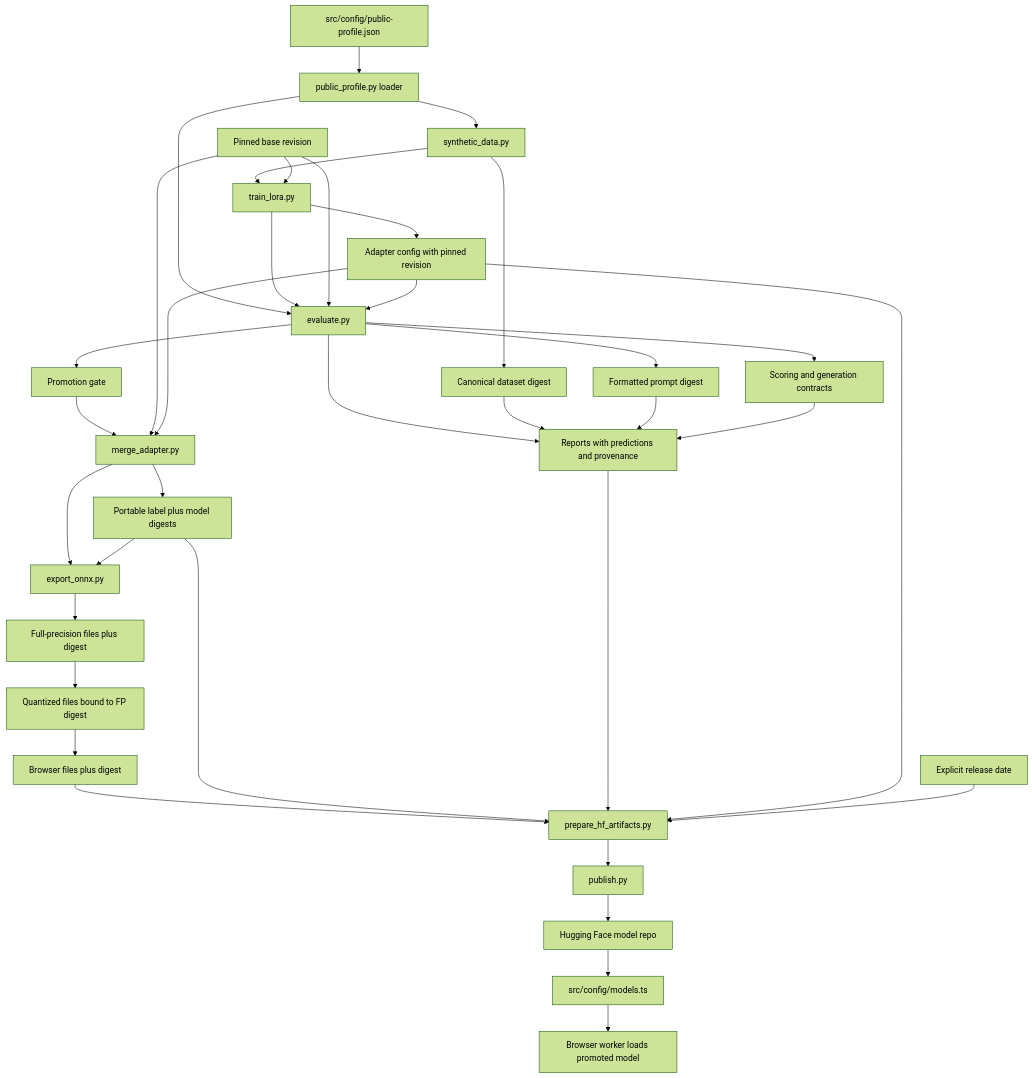
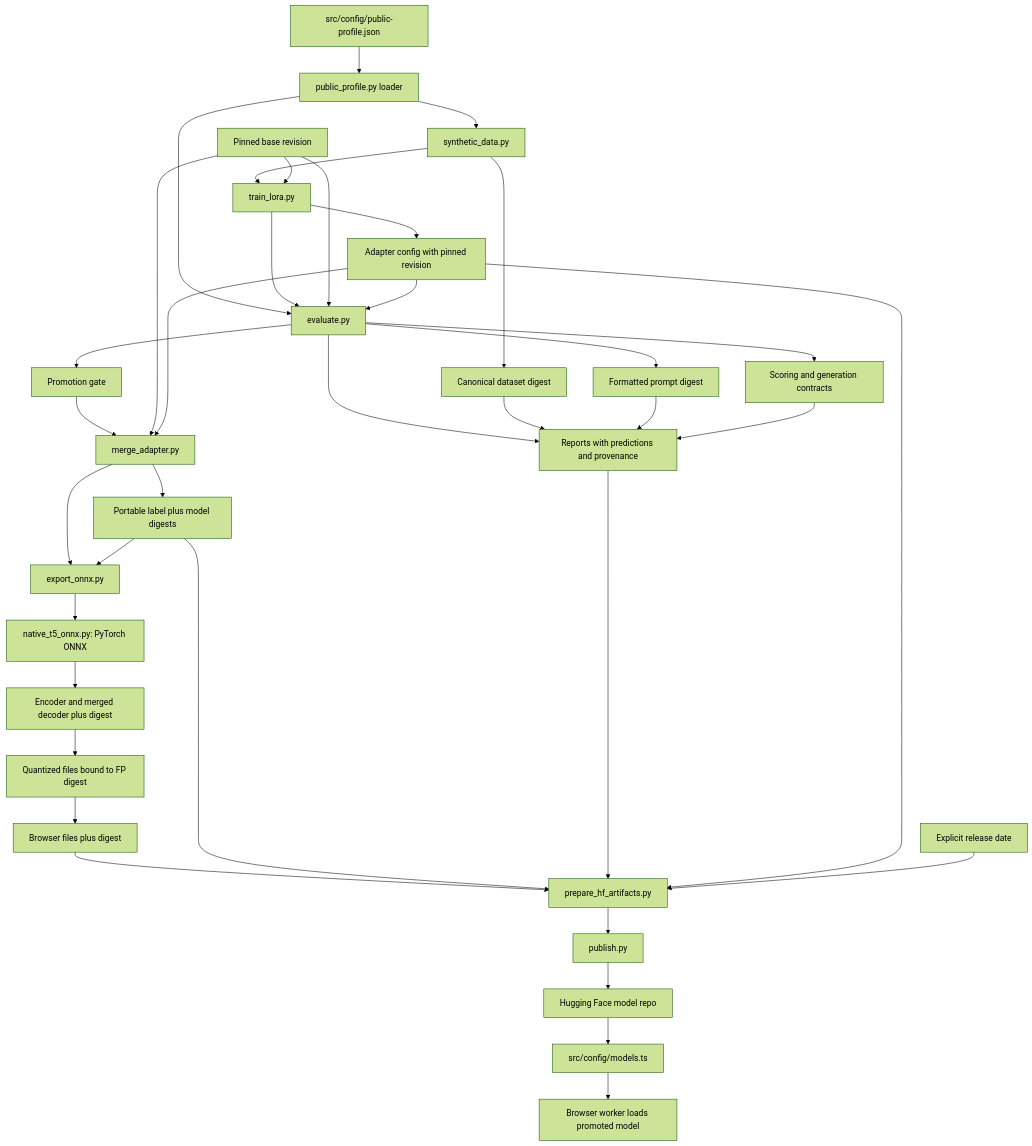
The fourth of 4 diagrams in docs/DIAGRAMS.md (justinthelaw/justinthelaw), drawn with Mermaid (forest theme) before and after one commit. The commit also changed other lines of this file and 18 other files, not shown here.

````diff
--- a/docs/DIAGRAMS.md
+++ b/docs/DIAGRAMS.md
@@ -107,38 +107,39 @@
 ```mermaid
 flowchart TD
   facts["src/config/public-profile.json"] --> pyProfile["public_profile.py loader"]
   pyProfile --> data["synthetic_data.py"]
   pyProfile --> eval
   data --> train["train_lora.py"]
   train --> eval["evaluate.py"]
   data --> datasetDigest["Canonical dataset digest"]
   eval --> promptDigest["Formatted prompt digest"]
   eval --> scoringDigest["Scoring and generation contracts"]
   eval --> reports["Reports with predictions and provenance"]
   datasetDigest --> reports
   promptDigest --> reports
   scoringDigest --> reports
   eval --> gate["Promotion gate"]
   gate --> merge["merge_adapter.py"]
   baseRevision["Pinned base revision"] --> train
   baseRevision --> eval
   baseRevision --> merge
   train --> checkpointConfig["Adapter config with pinned revision"]
   checkpointConfig --> eval
   checkpointConfig --> merge
   merge --> lineage["Portable label plus model digests"]
   merge --> export["export_onnx.py"]
   lineage --> export
-  export --> fpArtifact["Full-precision files plus digest"]
+  export --> native["native_t5_onnx.py: PyTorch ONNX"]
+  native --> fpArtifact["Encoder and merged decoder plus digest"]
   fpArtifact --> quantized["Quantized files bound to FP digest"]
   quantized --> browserArtifact["Browser files plus digest"]
   browserArtifact --> artifacts["prepare_hf_artifacts.py"]
   lineage --> artifacts
   reports --> artifacts
   checkpointConfig --> artifacts
   releaseDate["Explicit release date"] --> artifacts
   artifacts --> publish["publish.py"]
   publish --> hfRepo["Hugging Face model repo"]
   hfRepo --> modelConfig["src/config/models.ts"]
   modelConfig --> browser["Browser worker loads promoted model"]
 ```
````
